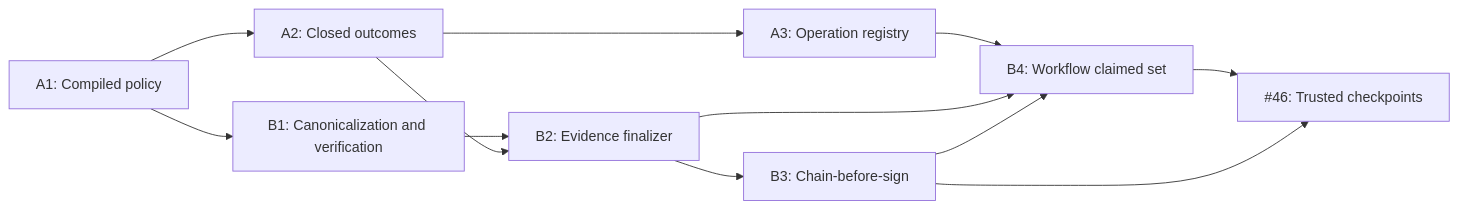
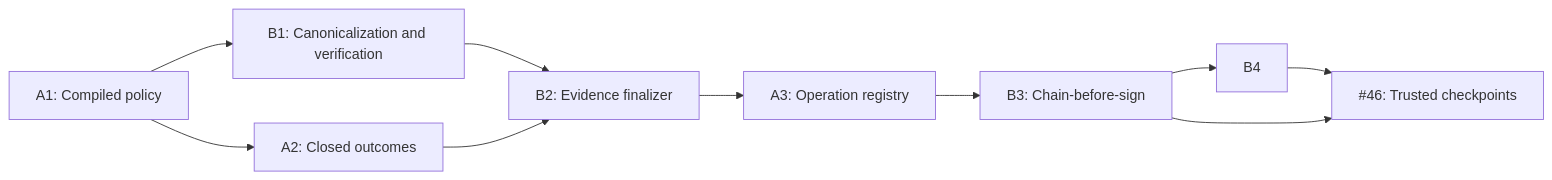
The diagram in docs/superpowers/plans/2026-07-30-enforcement-core-plan-index.md (nealsolves/aegis), drawn with Mermaid before and after one commit. The commit also changed other lines of this file and 9 other files, not shown here.

````diff
--- a/docs/superpowers/plans/2026-07-30-enforcement-core-plan-index.md
+++ b/docs/superpowers/plans/2026-07-30-enforcement-core-plan-index.md
@@ -11,14 +12,12 @@
 ```mermaid
 flowchart LR
     A1["A1: Compiled policy"] --> A2["A2: Closed outcomes"]
-    A2 --> A3["A3: Operation registry"]
     A1 --> B1["B1: Canonicalization and verification"]
     B1 --> B2["B2: Evidence finalizer"]
     A2 --> B2
-    B2 --> B3["B3: Chain-before-sign"]
-    A3 --> B4["B4: Workflow claimed set"]
-    B2 --> B4
+    B2 --> A3["A3: Operation registry"]
+    A3 --> B3["B3: Chain-before-sign"]
     B3 --> B4
     B4 --> I46["#46: Trusted checkpoints"]
     B3 --> I46
 ```
````
